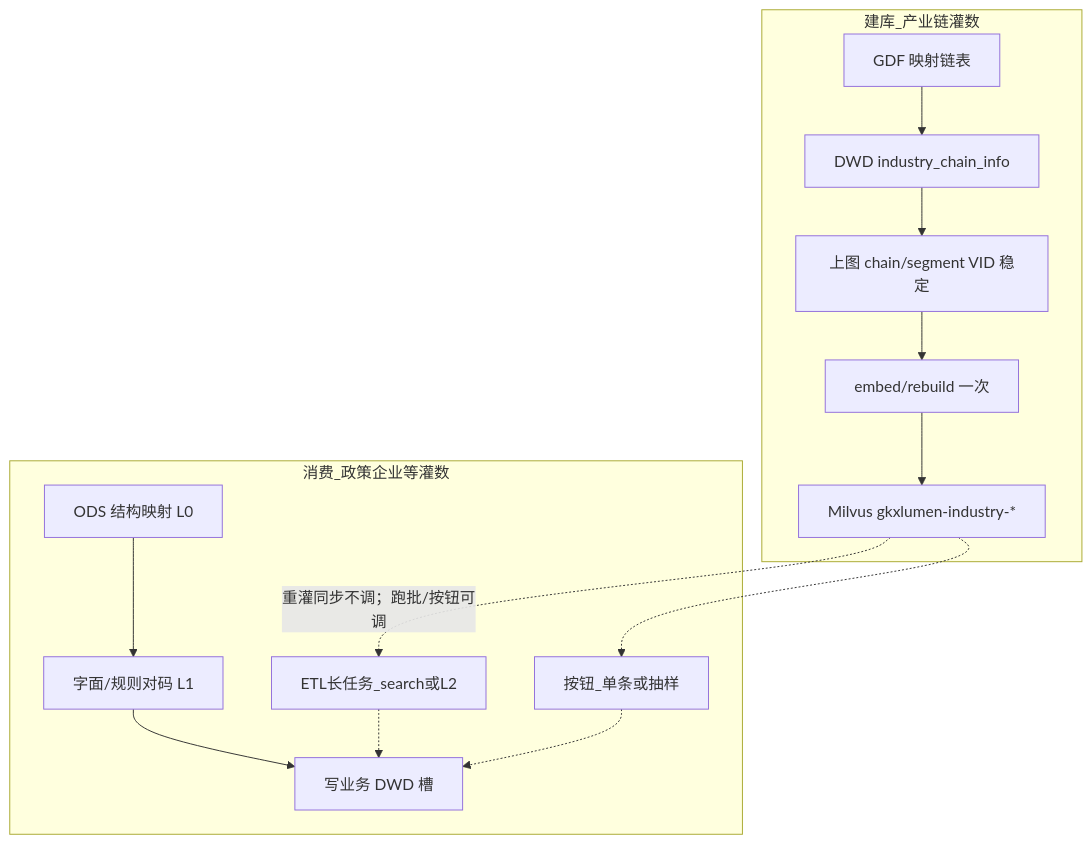
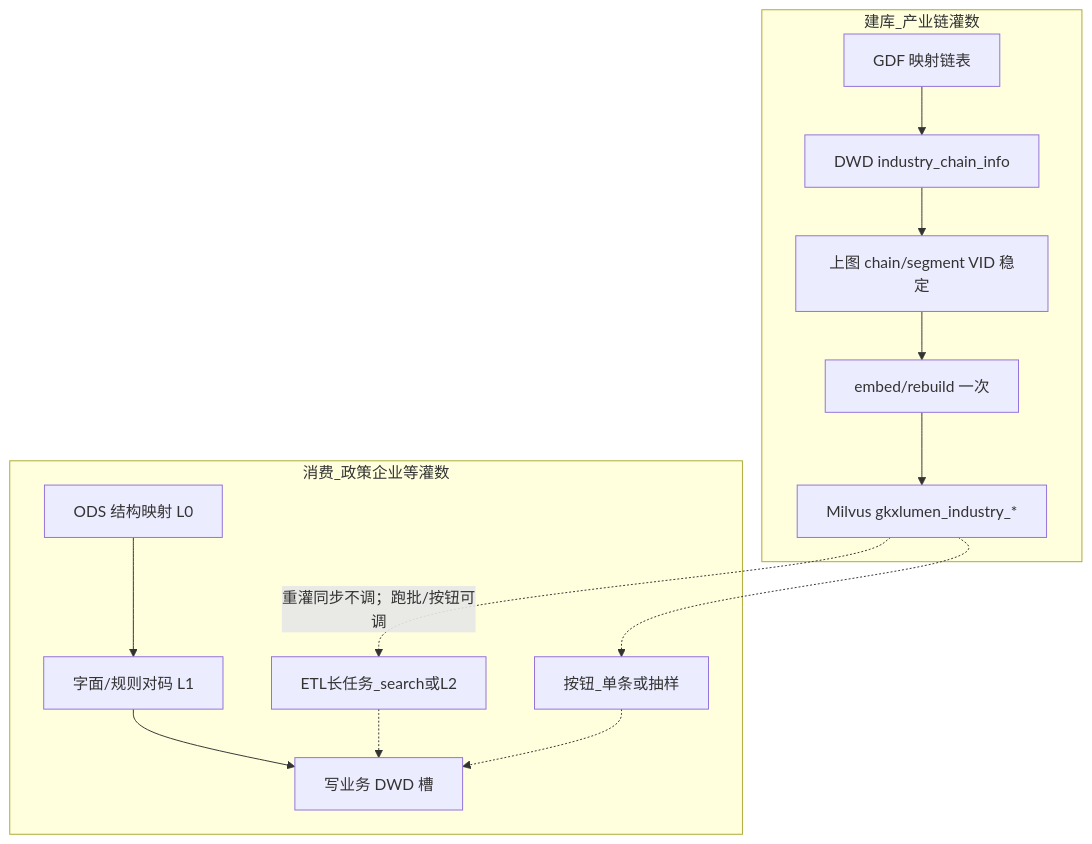
Before and after one commit to Marisolebxf/-: the second of 3 diagrams in agent-delivery/agent-handoffs/产品整体定义/跨系统-向量库/02-概要设计.md, drawn with Mermaid. The commit also changed other lines of this file and 9 other files, not shown here.

First line of the commit message:
docs(cross-vec): SAD 订正 88.43 与 gkxlumen_industry_ 前缀 [agent:architect-agent]

````diff
--- a/agent-delivery/agent-handoffs/产品整体定义/跨系统-向量库/02-概要设计.md
+++ b/agent-delivery/agent-handoffs/产品整体定义/跨系统-向量库/02-概要设计.md
@@ -43,17 +43,17 @@
 ```mermaid
 flowchart TB
   subgraph chainIngest [建库_产业链灌数]
     A["GDF 映射链表"] --> B["DWD industry_chain_info"]
     B --> C["上图 chain/segment VID 稳定"]
     C --> D["embed/rebuild 一次"]
-    D --> E["Milvus gkxlumen-industry-*"]
+    D --> E["Milvus gkxlumen_industry_*"]
   end
   subgraph bizIngest [消费_政策企业等灌数]
     F["ODS 结构映射 L0"] --> G["字面/规则对码 L1"]
     G --> H["写业务 DWD 槽"]
     J["ETL长任务_search或L2"] -.-> H
     K["按钮_单条或抽样"] -.-> H
   end
   E -.->|"重灌同步不调；跑批/按钮可调"| J
   E -.-> K
 ```
````
